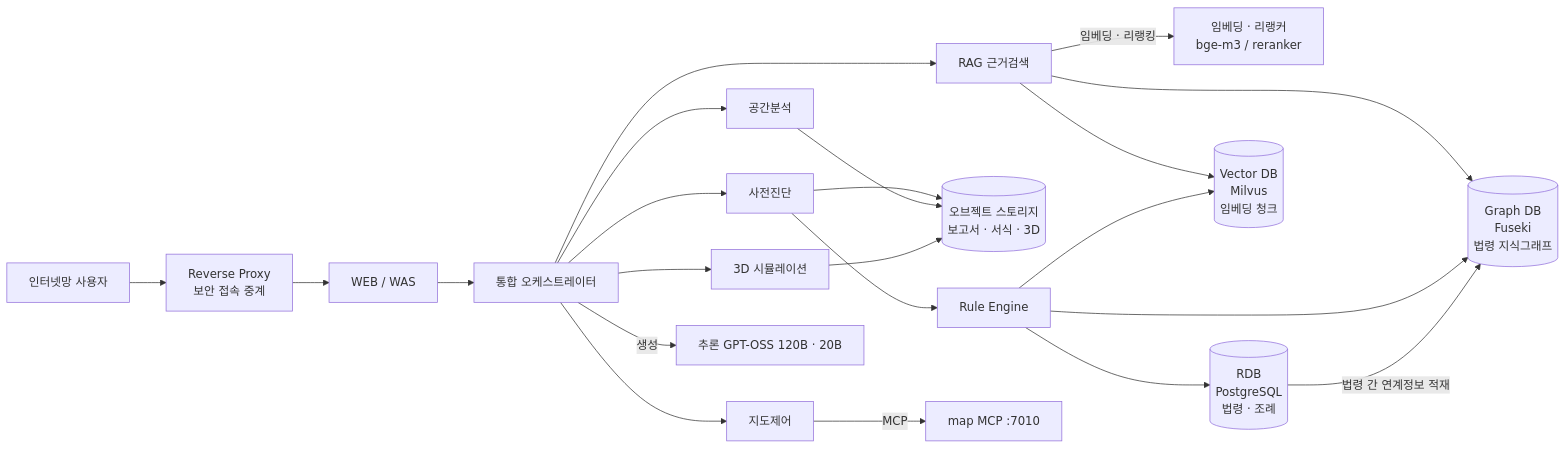
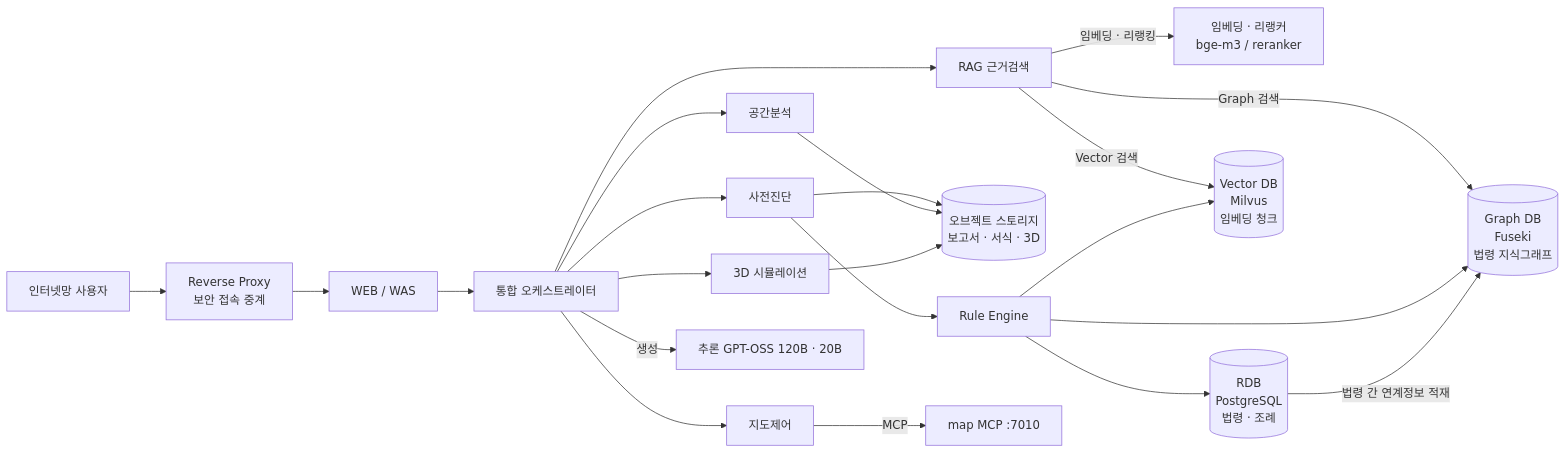
Before and after one commit to madlrengg100/permit-copilot: the second of 15 diagrams in docs/MCP-AGENT-SEQUENCE.md, drawn with Mermaid. The commit also changed other lines of this file, not shown here.

First line of the commit message:
MCP 시퀀스 문서: AI 기능모듈 상세 표 + Hybrid RAG 명시

````diff
--- a/docs/MCP-AGENT-SEQUENCE.md
+++ b/docs/MCP-AGENT-SEQUENCE.md
@@ -125,34 +125,34 @@
 ```mermaid
 flowchart LR
     U["인터넷망 사용자"] --> RP["Reverse Proxy<br/>보안 접속 중계"]
     RP --> WAS
 
     WAS["WEB / WAS"] --> MO["통합 오케스트레이터"]
     MO --> RAG["RAG 근거검색"]
     MO --> A1["사전진단"]
     MO --> A2["지도제어"]
     MO --> A3["공간분석"]
     MO --> A4["3D 시뮬레이션"]
 
     INF["추론 GPT-OSS 120B · 20B"]
     EMB["임베딩 · 리랭커<br/>bge-m3 / reranker"]
 
     RDB[("RDB<br/>PostgreSQL<br/>법령 · 조례")]
     GDB[("Graph DB<br/>Fuseki<br/>법령 지식그래프")]
     VDB[("Vector DB<br/>Milvus<br/>임베딩 청크")]
     OBJ[("오브젝트 스토리지<br/>보고서 · 서식 · 3D")]
 
     MO -->|생성| INF
     RAG -->|임베딩 · 리랭킹| EMB
-    RAG --> VDB
-    RAG --> GDB
+    RAG -->|Vector 검색| VDB
+    RAG -->|Graph 검색| GDB
     A1 --> RE["Rule Engine"]
     RE --> GDB
     RE --> VDB
     RE --> RDB
     RDB -->|법령 간 연계정보 적재| GDB
     A1 --> OBJ
     A3 --> OBJ
     A4 --> OBJ
     A2 -->|MCP| MCPS["map MCP :7010"]
 ```
````
